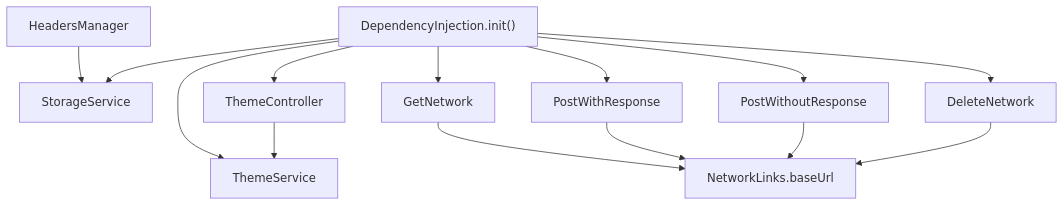
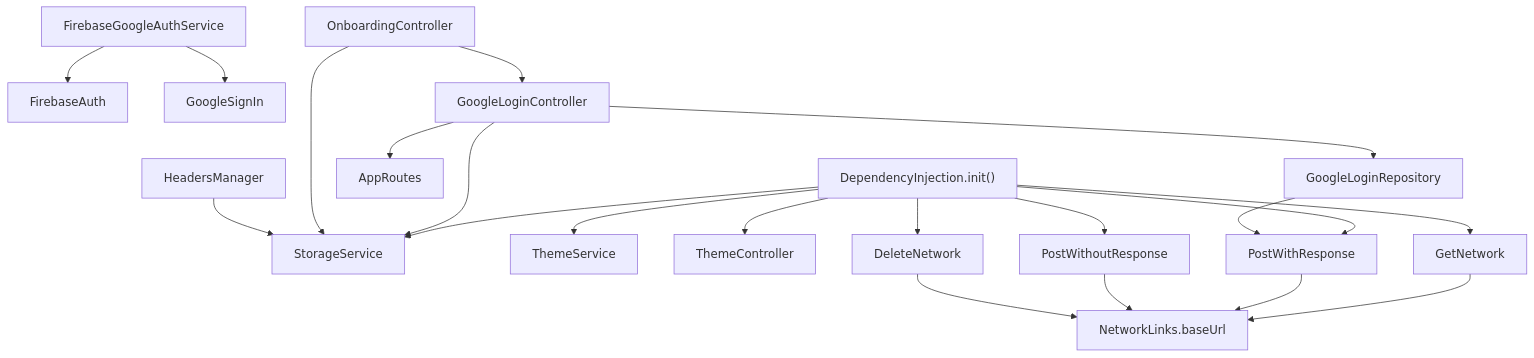
The ninth of 11 diagrams in .qoder/repowiki/en/content/Architecture Overview/Dependency Injection System.md (Ariful3111/FurniGo), drawn with Mermaid before and after one commit. The commit also changed other lines of this file and 12 other files, not shown here.

````diff
--- a/.qoder/repowiki/en/content/Architecture Overview/Dependency Injection System.md
+++ b/.qoder/repowiki/en/content/Architecture Overview/Dependency Injection System.md
@@ -301,16 +414,23 @@
 ```mermaid
 graph TB
 DI["DependencyInjection.init()"] --> SS["StorageService"]
 DI --> TS["ThemeService"]
 DI --> TC["ThemeController"]
 DI --> GN["GetNetwork"]
-DI --> PN1["PostWithResponse"]
-DI --> PN2["PostWithoutResponse"]
+DI --> PWR["PostWithResponse"]
+DI --> PWO["PostWithoutResponse"]
 DI --> DN["DeleteNetwork"]
-TC --> TS
+FB["FirebaseGoogleAuthService"] --> FA["FirebaseAuth"]
+FB --> GSI["GoogleSignIn"]
+GLC["GoogleLoginController"] --> GLR["GoogleLoginRepository"]
+GLR --> PWR
+GLC --> SS["StorageService"]
+GLC --> AR["AppRoutes"]
+OBC["OnboardingController"] --> GLC
+OBC --> SS
 HM["HeadersManager"] --> SS
 GN --> NL["NetworkLinks.baseUrl"]
-PN1 --> NL
-PN2 --> NL
+PWR --> NL
+PWO --> NL
 DN --> NL
 ```
````
